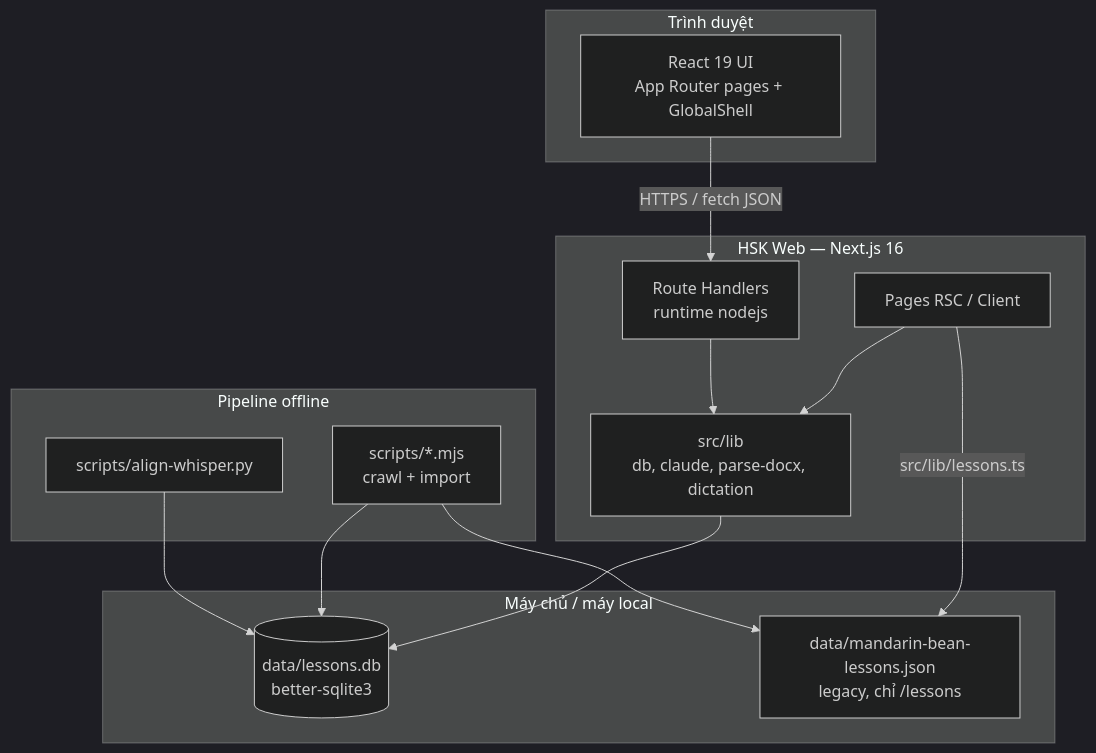
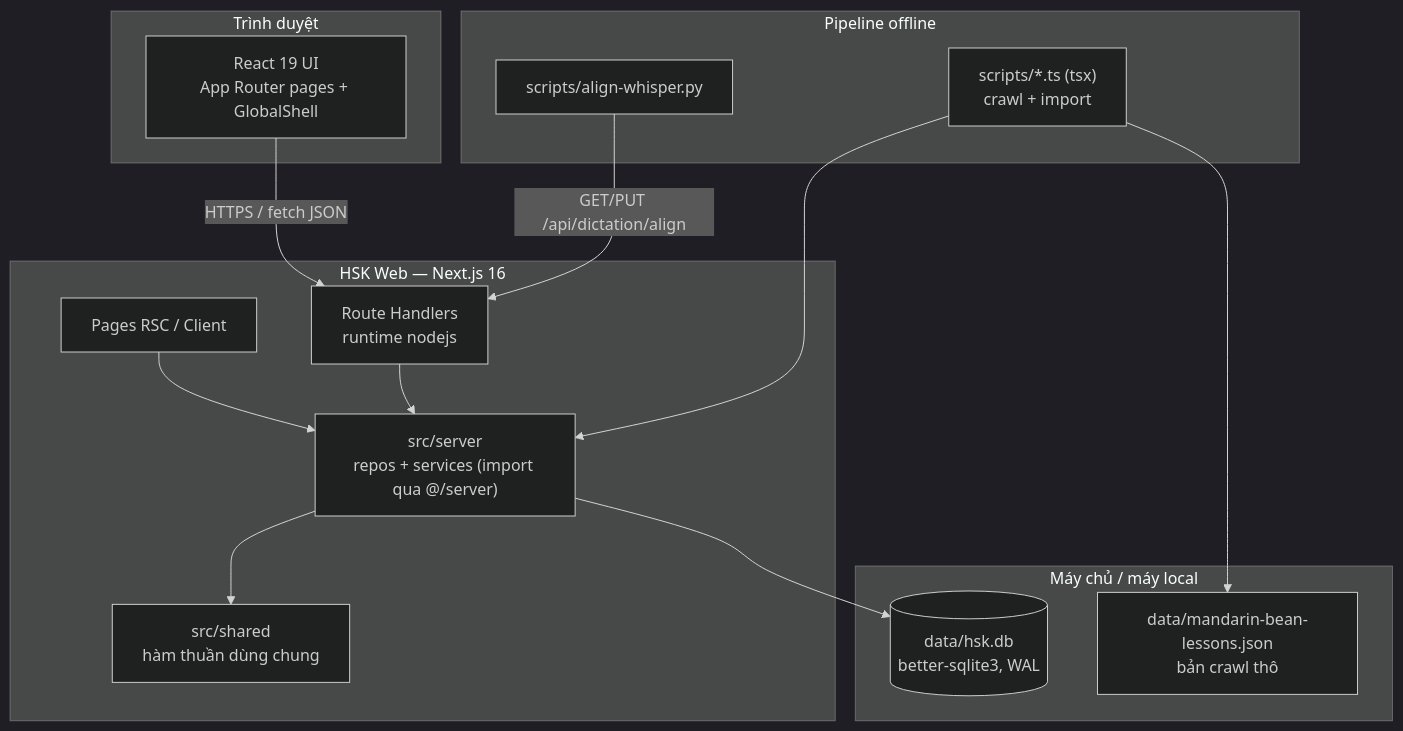
The second of 9 diagrams in docs/ARCHITECTURE.md (phuonglai99/language), drawn with Mermaid (dark theme) before and after one commit. The commit also changed other lines of this file and 12 other files, not shown here.

````diff
--- a/docs/ARCHITECTURE.md
+++ b/docs/ARCHITECTURE.md
@@ -42,31 +42,32 @@
 ```mermaid
 flowchart TB
   subgraph client ["Trình duyệt"]
     ui["React 19 UI\nApp Router pages + GlobalShell"]
   end
 
   subgraph next ["HSK Web — Next.js 16"]
     pages["Pages RSC / Client"]
     api["Route Handlers\nruntime nodejs"]
-    lib["src/lib\ndb, claude, parse-docx, dictation"]
+    server["src/server\nrepos + services (import qua @/server)"]
+    shared["src/shared\nhàm thuần dùng chung"]
   end
 
   subgraph data ["Máy chủ / máy local"]
-    sqlite[("data/lessons.db\nbetter-sqlite3")]
-    json["data/mandarin-bean-lessons.json\nlegacy, chỉ /lessons"]
+    sqlite[("data/hsk.db\nbetter-sqlite3, WAL")]
+    json["data/mandarin-bean-lessons.json\nbản crawl thô"]
   end
 
   subgraph offline ["Pipeline offline"]
-    crawl["scripts/*.mjs\ncrawl + import"]
+    crawl["scripts/*.ts (tsx)\ncrawl + import"]
     align["scripts/align-whisper.py"]
   end
 
   ui -->|"HTTPS / fetch JSON"| api
-  pages --> lib
-  api --> lib
-  lib --> sqlite
-  pages -->|"src/lib/lessons.ts"| json
-  crawl --> sqlite
+  pages --> server
+  api --> server
+  server --> shared
+  server --> sqlite
+  crawl --> server
   crawl --> json
-  align --> sqlite
+  align -->|"GET/PUT /api/dictation/align"| api
 ```
````
